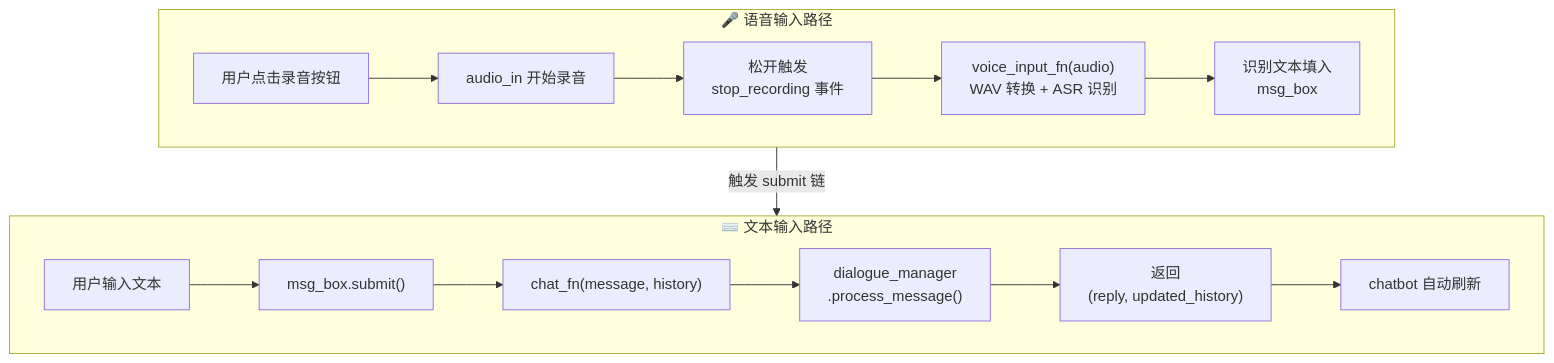
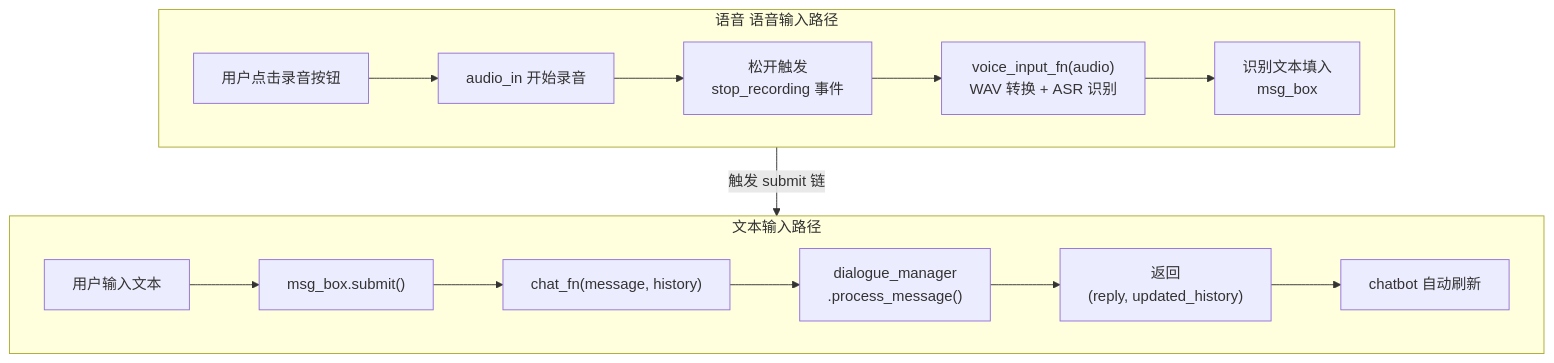
The sixth of 7 diagrams in src/experiment/case9.md (zhouxzh/Ascend310), drawn with Mermaid before and after one commit. The commit also changed other lines of this file and 51 other files, not shown here.

````diff
--- a/src/experiment/case9.md
+++ b/src/experiment/case9.md
@@ -695,21 +695,21 @@
 ```mermaid
 flowchart TD
-    subgraph TEXT["⌨️ 文本输入路径"]
+    subgraph TEXT[" 文本输入路径"]
         direction LR
         T1["用户输入文本"] --> T2["msg_box.submit()"]
         T2 --> T3["chat_fn(message, history)"]
         T3 --> T4["dialogue_manager<br/>.process_message()"]
         T4 --> T5["返回<br/>(reply, updated_history)"]
         T5 --> T6["chatbot 自动刷新"]
     end
 
-    subgraph VOICE["🎤 语音输入路径"]
+    subgraph VOICE["语音 语音输入路径"]
         direction LR
         V1["用户点击录音按钮"] --> V2["audio_in 开始录音"]
         V2 --> V3["松开触发<br/>stop_recording 事件"]
         V3 --> V4["voice_input_fn(audio)<br/>WAV 转换 + ASR 识别"]
         V4 --> V5["识别文本填入<br/>msg_box"]
     end
 
     V5 -->|"触发 submit 链"| T2
 ```
````
